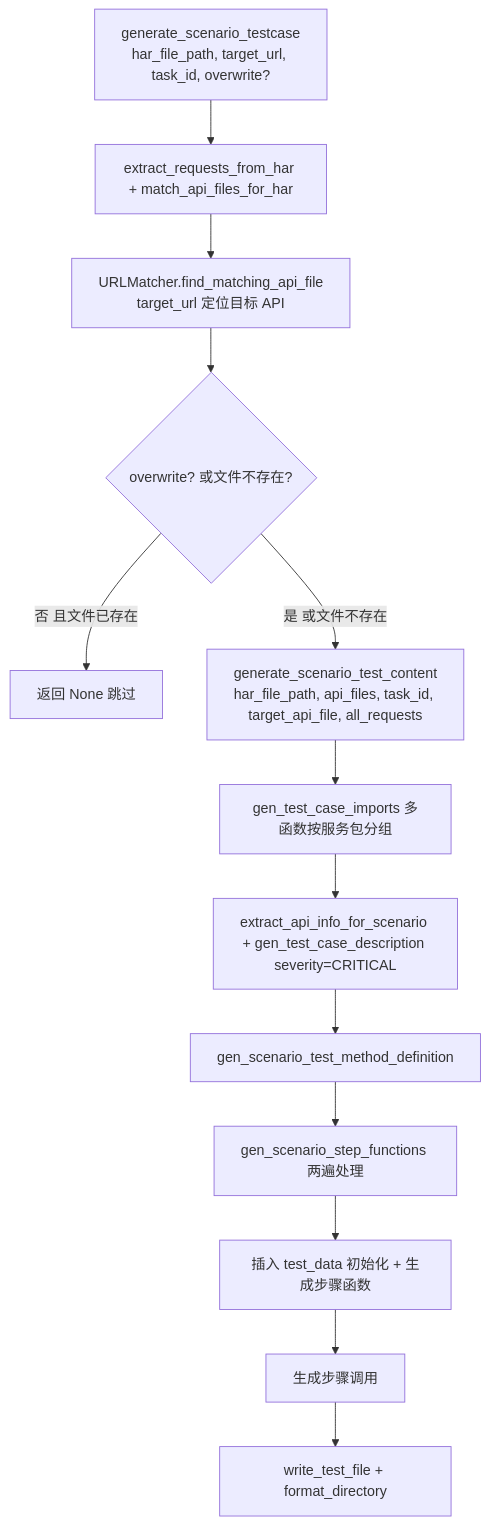
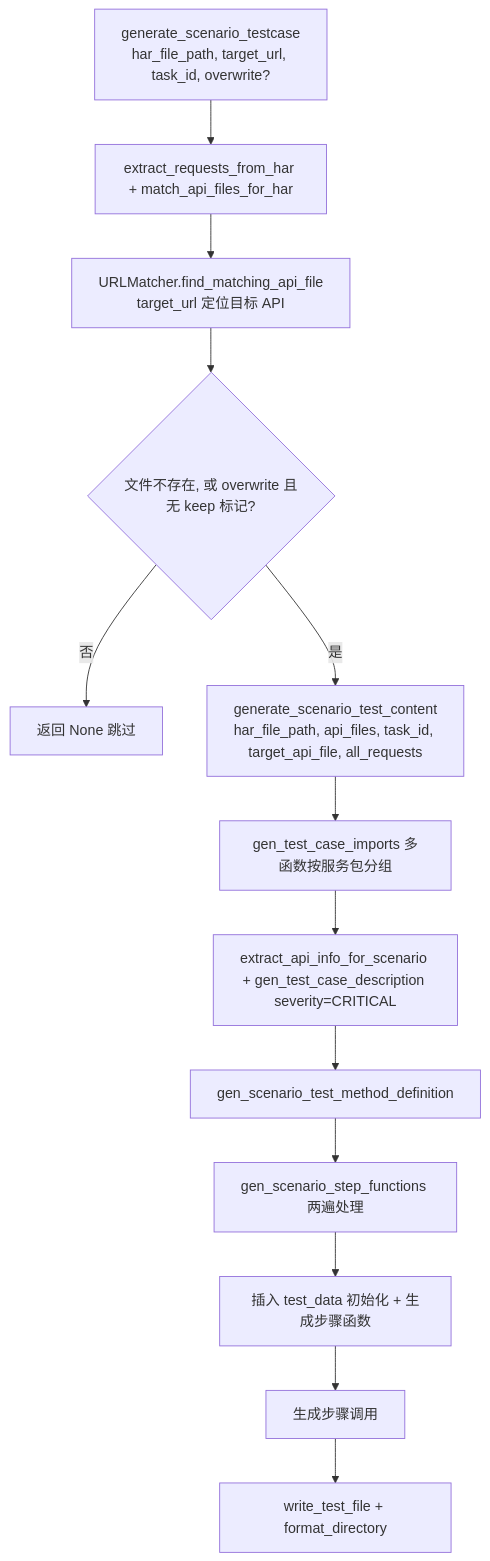
One commit to hewei198711/har2pytest changed the second of 3 diagrams in docs/testcase_generation_modes.md. Above: the diagram before and after it, drawn with Mermaid. The commit also changed other lines of this file and 44 other files, not shown here.

````diff
--- a/docs/testcase_generation_modes.md
+++ b/docs/testcase_generation_modes.md
@@ -253,15 +304,15 @@
 ```mermaid
 flowchart TD
     A[generate_scenario_testcase<br/>har_file_path, target_url, task_id, overwrite?] --> B[extract_requests_from_har + match_api_files_for_har]
     B --> C[URLMatcher.find_matching_api_file<br/>target_url 定位目标 API]
-    C --> D{overwrite? 或文件不存在?}
-    D -->|否 且文件已存在| E[返回 None 跳过]
-    D -->|是 或文件不存在| F[generate_scenario_test_content<br/>har_file_path, api_files, task_id, target_api_file, all_requests]
+    C --> D{文件不存在, 或 overwrite 且无 keep 标记?}
+    D -->|否| E[返回 None 跳过]
+    D -->|是| F[generate_scenario_test_content<br/>har_file_path, api_files, task_id, target_api_file, all_requests]
     F --> G[gen_test_case_imports 多函数按服务包分组]
     G --> H[extract_api_info_for_scenario + gen_test_case_description severity=CRITICAL]
     H --> I[gen_scenario_test_method_definition]
     I --> J[gen_scenario_step_functions 两遍处理]
     J --> K[插入 test_data 初始化 + 生成步骤函数]
     K --> L[生成步骤调用]
     L --> M[write_test_file + format_directory]
 ```
````
